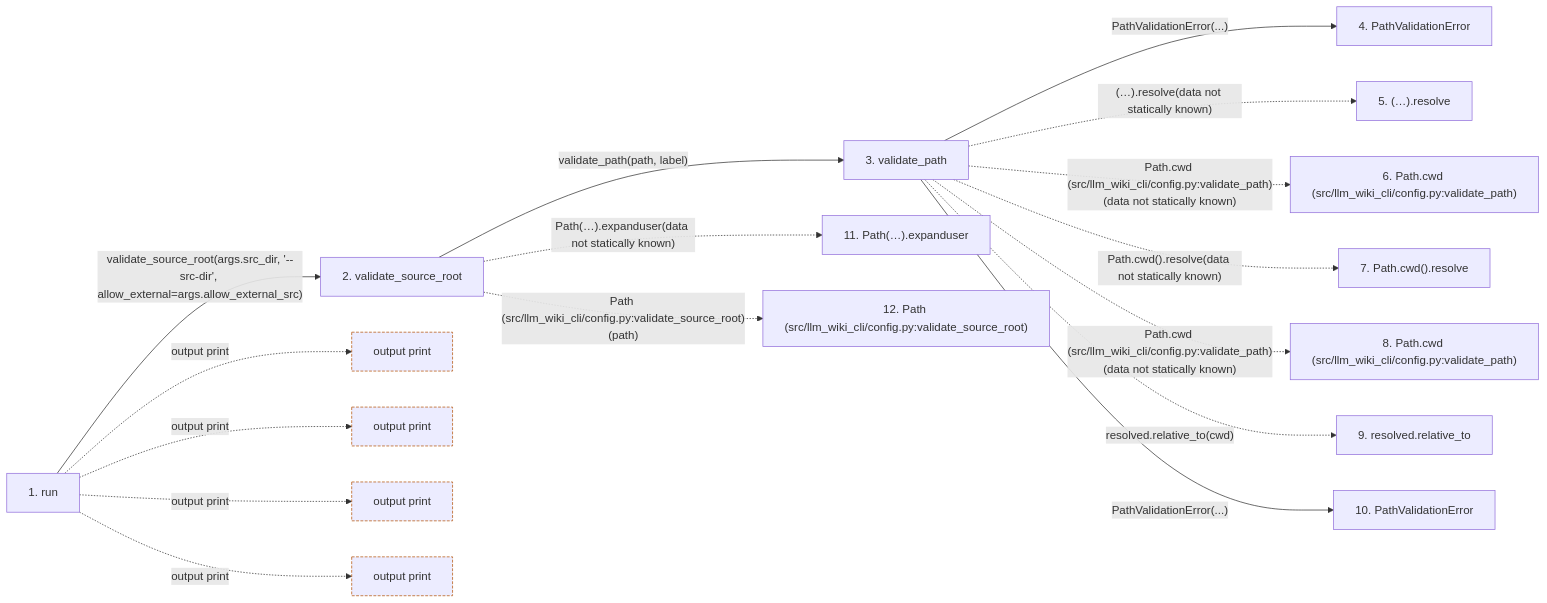
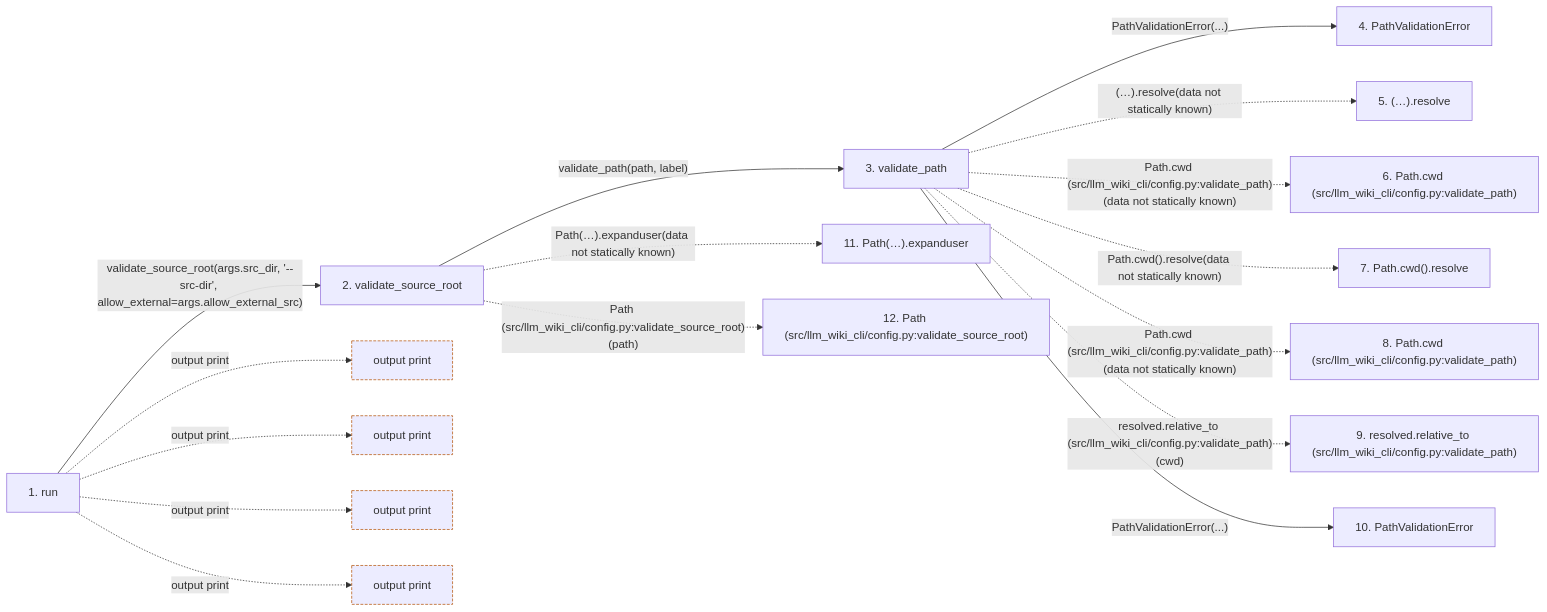
One commit to Denissvgn/python-wiki-llm changed the second of 2 diagrams in docs/llm_wiki/flows/cli-search.md. Above: the diagram before and after it, drawn with Mermaid. The commit also changed other lines of this file and 865 other files, not shown here.

````diff
--- a/docs/llm_wiki/flows/cli-search.md
+++ b/docs/llm_wiki/flows/cli-search.md
@@ -73,44 +96,44 @@
 ```mermaid
 flowchart LR
     s1["1. run"]
     s2["2. validate_source_root"]
     s3["3. validate_path"]
     s4["4. PathValidationError"]
     s5["5. (…).resolve"]
     s6["6. Path.cwd (src/llm_wiki_cli/config.py:validate_path)"]
     s7["7. Path.cwd().resolve"]
     s8["8. Path.cwd (src/llm_wiki_cli/config.py:validate_path)"]
-    s9["9. resolved.relative_to"]
+    s9["9. resolved.relative_to (src/llm_wiki_cli/config.py:validate_path)"]
     s10["10. PathValidationError"]
     s11["11. Path(…).expanduser"]
     s12["12. Path (src/llm_wiki_cli/config.py:validate_source_root)"]
     s1 -->|"validate_source_root(args.src_dir, '--src-dir', allow_external=args.allow_external_src)"| s2
     s2 -->|"validate_path(path, label)"| s3
     s3 -->|"PathValidationError(...)"| s4
     s3 -. "(…).resolve(data not statically known)" .-> s5
     s3 -. "Path.cwd (src/llm_wiki_cli/config.py:validate_path)(data not statically known)" .-> s6
     s3 -. "Path.cwd().resolve(data not statically known)" .-> s7
     s3 -. "Path.cwd (src/llm_wiki_cli/config.py:validate_path)(data not statically known)" .-> s8
-    s3 -. "resolved.relative_to(cwd)" .-> s9
+    s3 -. "resolved.relative_to (src/llm_wiki_cli/config.py:validate_path)(cwd)" .-> s9
     s3 -->|"PathValidationError(...)"| s10
     s2 -. "Path(…).expanduser(data not statically known)" .-> s11
     s2 -. "Path (src/llm_wiki_cli/config.py:validate_source_root)(path)" .-> s12
     b0["output print"]
     s1 -. "output print" .-> b0
     b1["output print"]
     s1 -. "output print" .-> b1
     b2["output print"]
     s1 -. "output print" .-> b2
     b3["output print"]
     s1 -. "output print" .-> b3
     click s1 "../modules/search_cmd.md"
     click s2 "../modules/config.md"
     click s3 "../modules/config.md"
     click s4 "../modules/config.md"
     click s10 "../modules/config.md"
     classDef boundary stroke:#b45309,stroke-dasharray: 4 2
     class b0 boundary
     class b1 boundary
     class b2 boundary
     class b3 boundary
 ```
````
